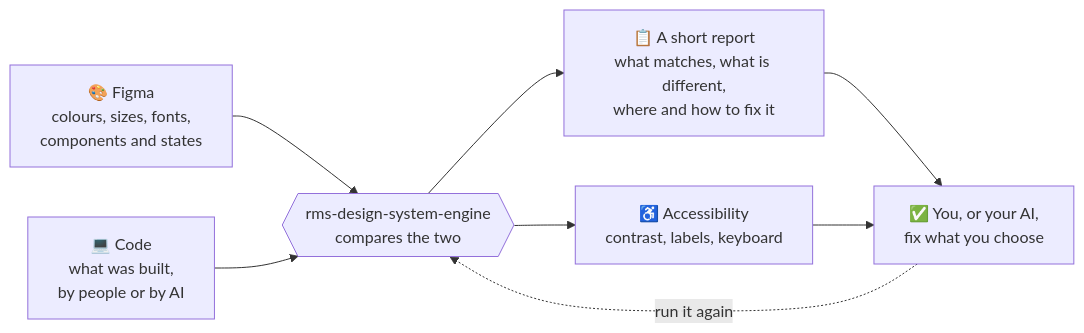
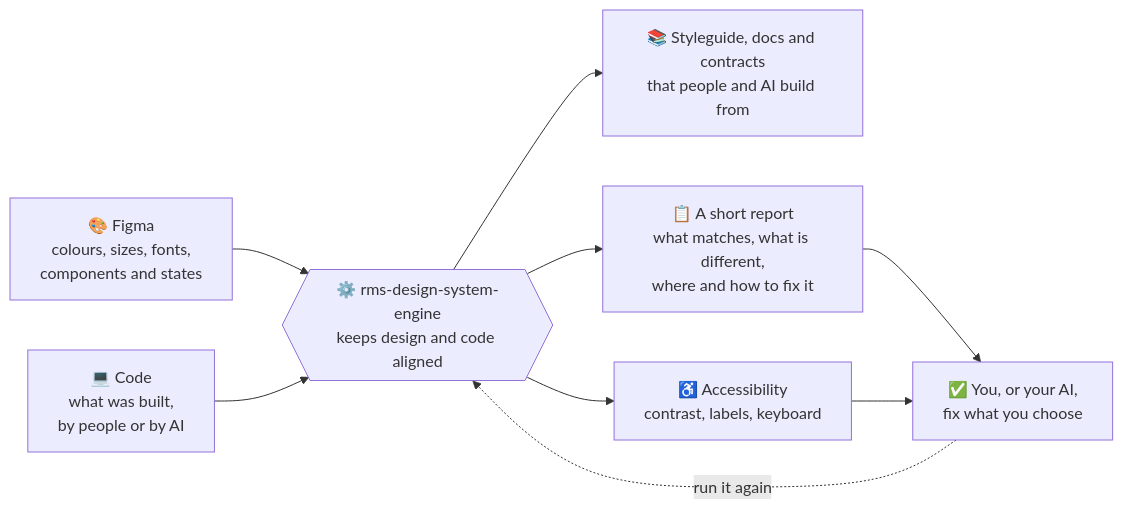
One commit to rafaelmatosdasilva/rms-design-system-engine changed the diagram in README.md. Above: the diagram before and after it, drawn with Mermaid. The commit also changed other lines of this file, not shown here.

First line of the commit message:
README: the engine that maintains the design system, not only a parity check

````diff
--- a/README.md
+++ b/README.md
@@ -18,10 +21,11 @@
 ```mermaid
 flowchart LR
-    F["🎨 Figma<br/>colours, sizes, fonts,<br/>components and states"] --> E{{"rms-design-system-engine<br/>compares the two"}}
+    F["🎨 Figma<br/>colours, sizes, fonts,<br/>components and states"] --> E{{"⚙️ rms-design-system-engine<br/>keeps design and code aligned"}}
     C["💻 Code<br/>what was built,<br/>by people or by AI"] --> E
+    E --> D["📚 Styleguide, docs and contracts<br/>that people and AI build from"]
     E --> R["📋 A short report<br/>what matches, what is different,<br/>where and how to fix it"]
     E --> A["♿ Accessibility<br/>contrast, labels, keyboard"]
     R --> Y["✅ You, or your AI,<br/>fix what you choose"]
     A --> Y
     Y -.->|run it again| E
 ```
````
